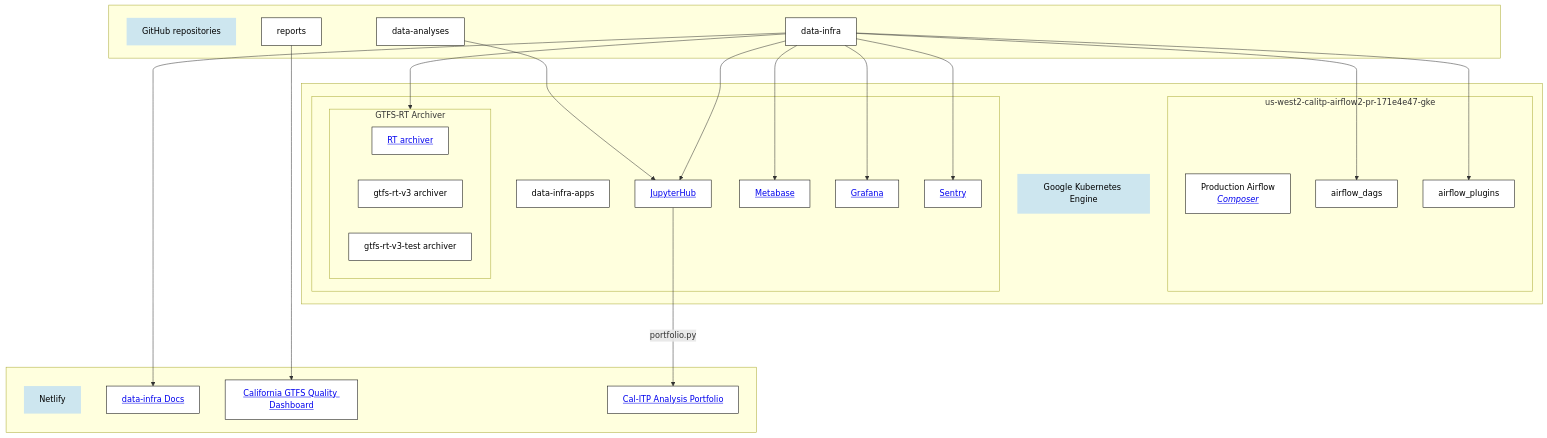
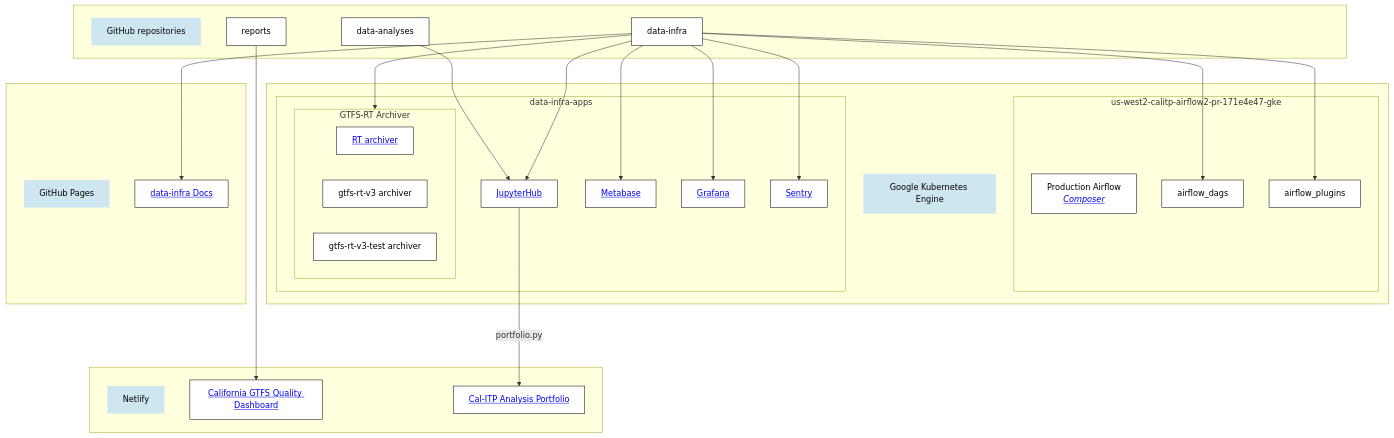
The diagram in docs/architecture/services.md (cal-itp/data-infra), drawn with Mermaid before and after one commit. The commit also changed other lines of this file and 2 other files, not shown here.

Commit message:
Infra Docs Overhaul Part 2 - Coordinated Central Reference Point (#3198)

````diff
--- a/docs/architecture/services.md
+++ b/docs/architecture/services.md
@@ -18,54 +26,57 @@
 ```{mermaid}
 flowchart TD
 %% note that you seemingly cannot have a subgraph that only contains other subgraphs
 %% so I am using "label" nodes to make sure each subgraph has at least one direct child
     subgraph repos[ ]
         repos_label[GitHub repositories]
         data_infra_repo[data-infra]
         data_analyses_repo[data-analyses]
         reports_repo[reports]
     end
     subgraph kubernetes[ ]
         kubernetes_label[Google Kubernetes Engine]
         subgraph airflow[us-west2-calitp-airflow2-pr-171e4e47-gke]
             airflow_label[Production Airflow <br><i><a href='https://console.cloud.google.com/composer/environments?project=cal-itp-data-infra&supportedpurview=project'>Composer</a></i>]
             airflow_dags
             airflow_plugins
         end
-        subgraph data_infra_apps_cluster[ ]
-            data_infra_apps_label[data-infra-apps]
+        subgraph data_infra_apps_cluster[data-infra-apps]
             subgraph rt_archiver[GTFS-RT Archiver]
                 rt_archiver_label[<a href='https://github.com/cal-itp/data-infra/tree/main/services/gtfs-rt-archiver-v3'>RT archiver</a>]
                 prod_rt_archiver[gtfs-rt-v3 archiver]
                 test_rt_archiver[gtfs-rt-v3-test archiver]
             end
             jupyterhub[<a href='https://notebooks.calitp.org'>JupyterHub</a>]
             metabase[<a href='https://dashboards.calitp.org'>Metabase</a>]
             grafana[<a href='https://monitoring.calitp.org'>Grafana</a>]
             sentry[<a href='https://sentry.calitp.org'>Sentry</a>]
         end
     end
 
     subgraph netlify[ ]
         netlify_label[Netlify]
-        data_infra_docs[<a href='https://docs.calitp.org/data-infra'>data-infra Docs</a>]
         reports_website[<a href='https://reports.calitp.org'>California GTFS Quality Dashboard</a>]
         analysis_portfolio[<a href='https://analysis.calitp.org'>Cal-ITP Analysis Portfolio</a>]
+    end
+
+    subgraph github_pages[ ]
+        github_pages_label[GitHub Pages]
+        data_infra_docs[<a href='https://docs.calitp.org/data-infra'>data-infra Docs</a>]
     end
 
 data_infra_repo --> airflow_dags
 data_infra_repo --> airflow_plugins
 data_infra_repo --> rt_archiver
 data_infra_repo --> jupyterhub
 data_infra_repo --> metabase
 data_infra_repo --> grafana
 data_infra_repo --> sentry
 
 data_infra_repo --> data_infra_docs
 data_analyses_repo --> jupyterhub --->|portfolio.py| analysis_portfolio
 reports_repo --> reports_website
 
 classDef default fill:white, color:black, stroke:black, stroke-width:1px
 classDef group_labelstyle fill:#cde6ef, color:black, stroke-width:0px
-class repos_label,kubernetes_label,netlify_label group_labelstyle
+class repos_label,kubernetes_label,netlify_label,github_pages_label group_labelstyle
 ```
````
